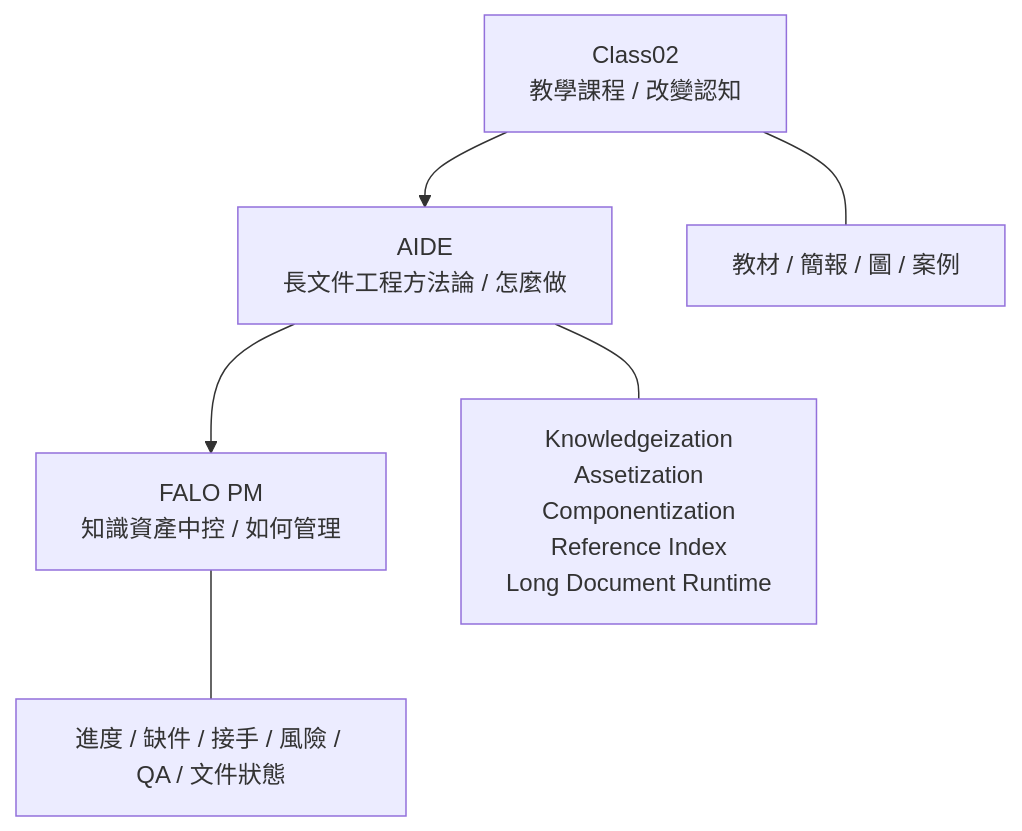
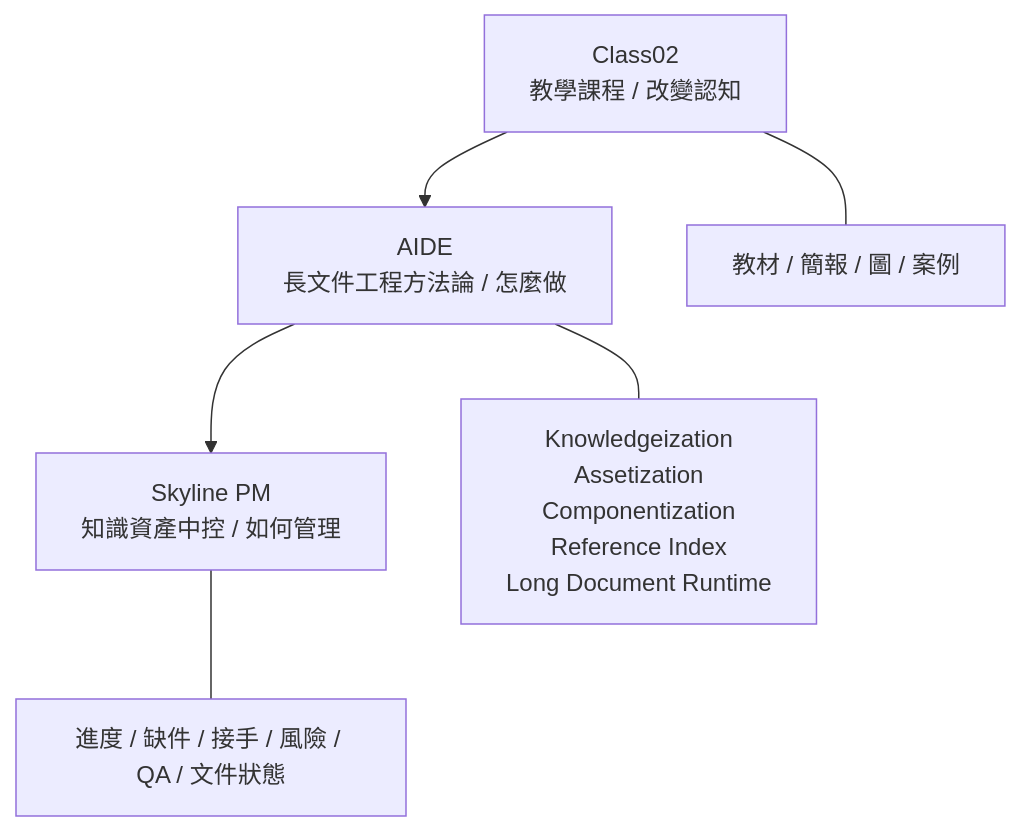
Before and after one commit to falo-chinese/skyline-class: the diagram in class2/reference/class02-antigravity/class02_antigravity_aide_course_design.md, drawn with Mermaid. The commit also changed other lines of this file and 236 other files, not shown here.

Commit message:
feat(class2): remove FALO and replace Horizon/地平線 with Skyline across all courseware pages and scripts

````diff
--- a/class2/reference/class02-antigravity/class02_antigravity_aide_course_design.md
+++ b/class2/reference/class02-antigravity/class02_antigravity_aide_course_design.md
@@ -66,17 +66,17 @@
 ```mermaid
 flowchart TD
     C["Class02\n教學課程 / 改變認知"]
     A["AIDE\n長文件工程方法論 / 怎麼做"]
-    F["FALO PM\n知識資產中控 / 如何管理"]
+    F["Skyline PM\n知識資產中控 / 如何管理"]
 
     C --> A
     A --> F
 
     C1["教材 / 簡報 / 圖 / 案例"]
     A1["Knowledgeization\nAssetization\nComponentization\nReference Index\nLong Document Runtime"]
     F1["進度 / 缺件 / 接手 / 風險 / QA / 文件狀態"]
 
     C --- C1
     A --- A1
     F --- F1
 ```
````
